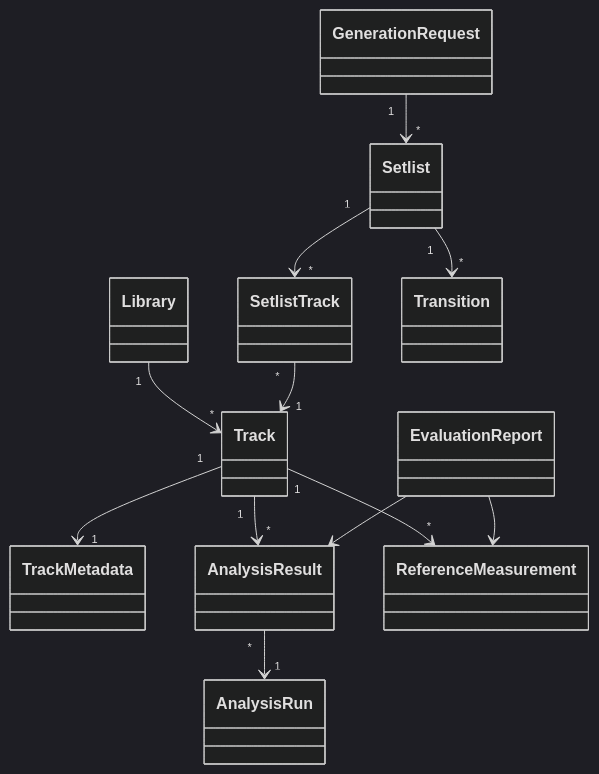
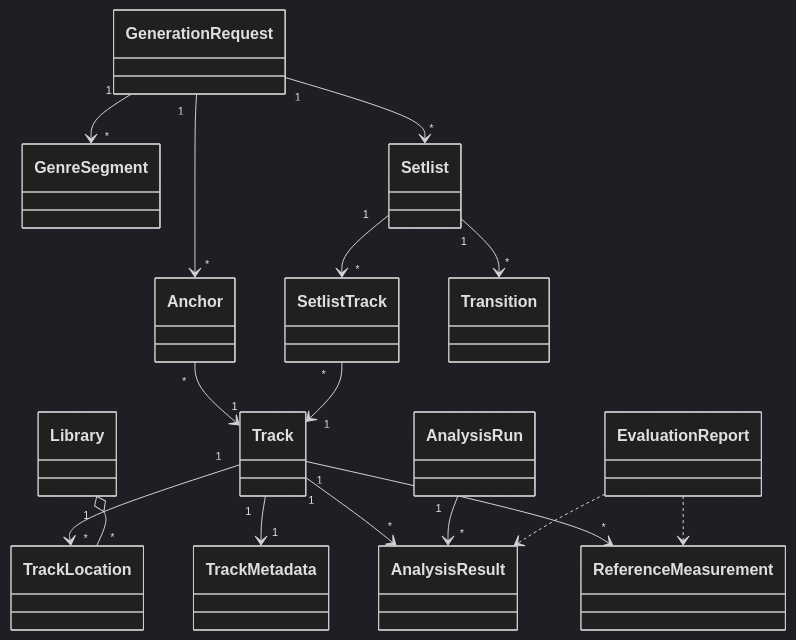
One commit to pabloo806/Trabajo-de-Fin-de-Grado changed the second of 3 diagrams in docs/architecture/README.md. Above: the diagram before and after it, drawn with Mermaid (dark theme). The commit also changed other lines of this file, not shown here.

First line of the commit message:
Update architectural README for clarity and detail

````diff
--- a/docs/architecture/README.md
+++ b/docs/architecture/README.md
@@ -144,44 +136,38 @@
 ```mermaid
 classDiagram
 
-Library "1" --> "*" Track
-
+Track "1" --> "*" TrackLocation
 Track "1" --> "1" TrackMetadata
 Track "1" --> "*" AnalysisResult
+AnalysisRun "1" --> "*" AnalysisResult
 
-AnalysisResult "*" --> "1" AnalysisRun
-
+GenerationRequest "1" --> "*" GenreSegment
+GenerationRequest "1" --> "*" Anchor
 GenerationRequest "1" --> "*" Setlist
+Anchor "*" --> "1" Track
 
 Setlist "1" --> "*" SetlistTrack
+SetlistTrack "*" --> "1" Track
 Setlist "1" --> "*" Transition
 
-SetlistTrack "*" --> "1" Track
+Track "1" --> "*" ReferenceMeasurement
+EvaluationReport ..> AnalysisResult
+EvaluationReport ..> ReferenceMeasurement
 
-Track "1" --> "*" ReferenceMeasurement
-
-EvaluationReport --> AnalysisResult
-EvaluationReport --> ReferenceMeasurement
-
-class Library
+Library "1" o-- "*" TrackLocation
 
 class Track
-
+class TrackLocation
 class TrackMetadata
-
+class AnalysisRun
 class AnalysisResult
-
-class AnalysisRun
-
 class GenerationRequest
-
+class GenreSegment
+class Anchor
 class Setlist
-
 class SetlistTrack
-
 class Transition
-
 class ReferenceMeasurement
-
 class EvaluationReport
+class Library
 ```
````
